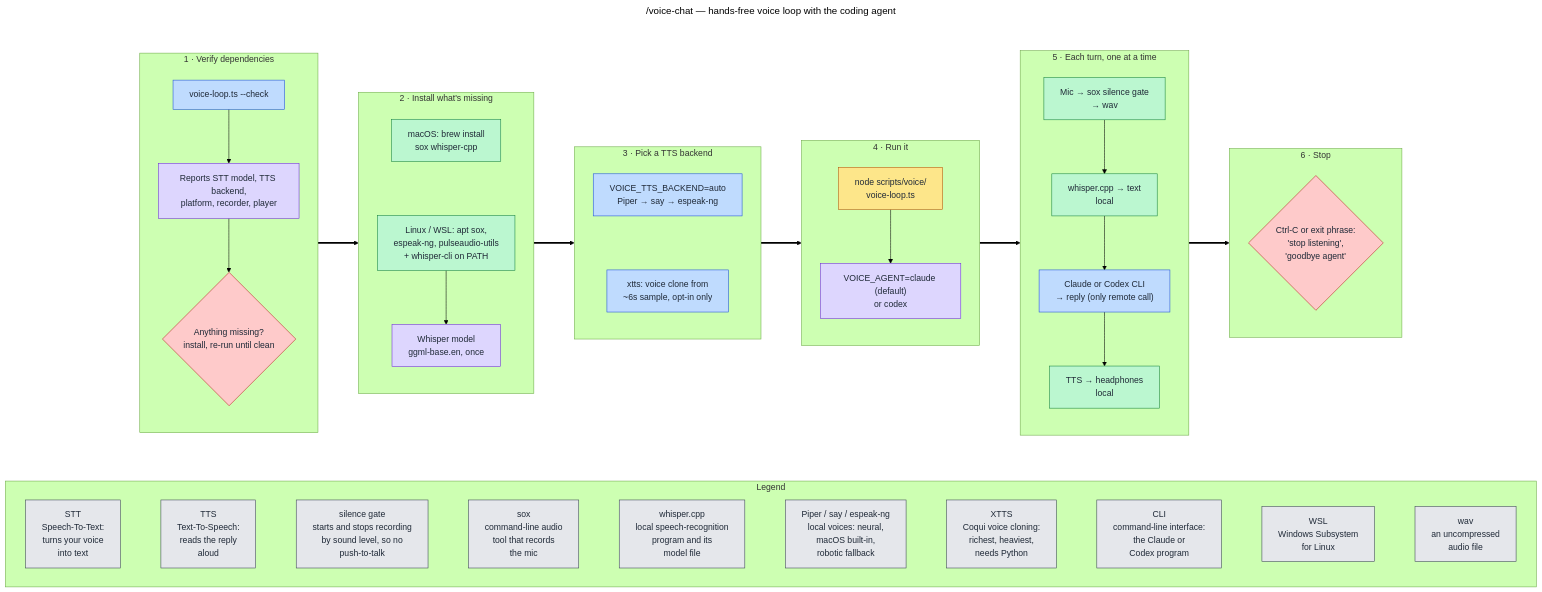
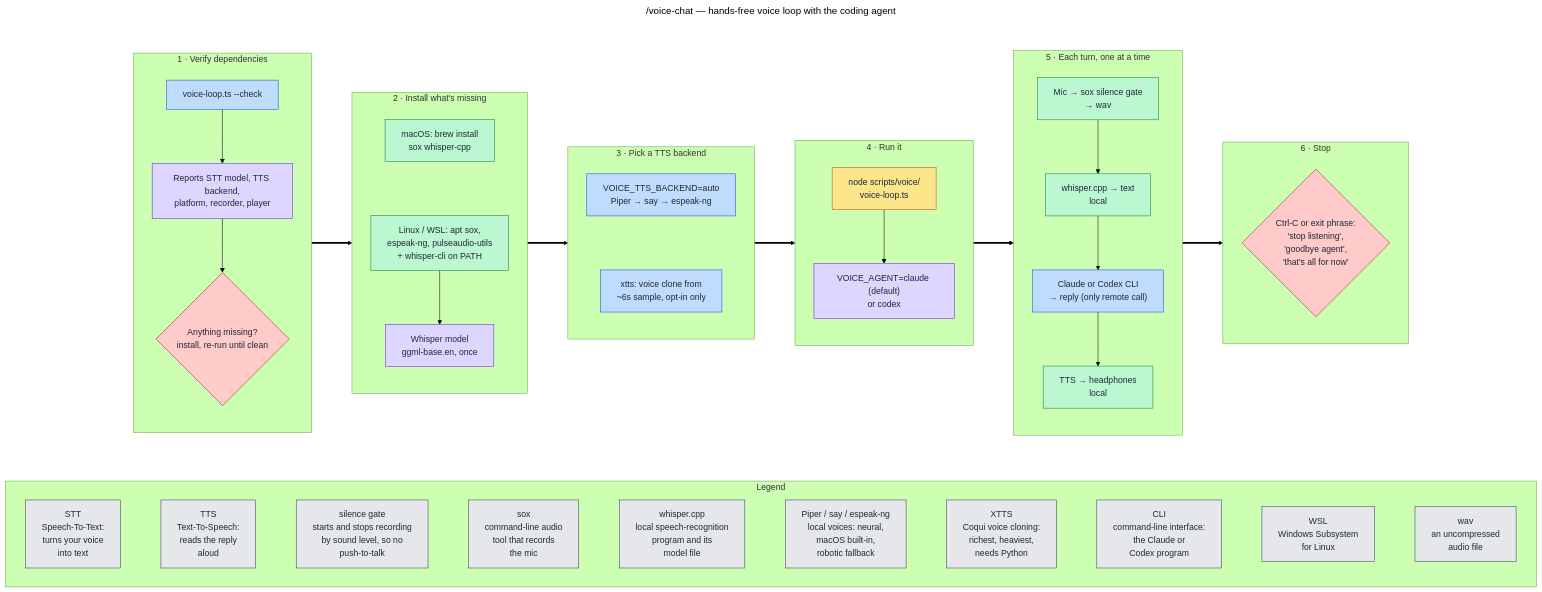
Before and after one commit to victusfate/scaffold: the diagram in docs/diagrams/src/voice-chat.mmd, drawn with Mermaid (forest theme). The commit also changed 21 other files, not shown here.

First line of the commit message:
docs(diagrams): accuracy fixes from a per-diagram source review

```diff
--- a/docs/diagrams/src/voice-chat.mmd
+++ b/docs/diagrams/src/voice-chat.mmd
@@ -1,82 +1,82 @@
 ---
 title: /voice-chat — hands-free voice loop with the coding agent
 ---
 flowchart TB
   classDef owner fill:#fde68a,stroke:#b45309,color:#1f2937
   classDef orch fill:#bfdbfe,stroke:#1d4ed8,color:#1f2937
   classDef state fill:#ddd6fe,stroke:#6d28d9,color:#1f2937
   classDef lane fill:#bbf7d0,stroke:#15803d,color:#1f2937
   classDef git fill:#e5e7eb,stroke:#374151,color:#1f2937
   classDef gate fill:#fecaca,stroke:#b91c1c,color:#1f2937
 
   %% Edges run between stage subgraphs (not inner nodes) so each stage keeps
   %% its own top-to-bottom direction and the whole image stays landscape.
 
   subgraph FLOW[" "]
   direction LR
 
   subgraph CHECK["1 · Verify dependencies"]
     direction TB
     C1["voice-loop.ts --check"]:::orch
     C2["Reports STT model, TTS backend,<br/>platform, recorder, player"]:::state
     C3{"Anything missing?<br/>install, re-run until clean"}:::gate
     C1 --> C2 --> C3
   end
 
   subgraph INSTALL["2 · Install what's missing"]
     direction TB
     I1["macOS: brew install<br/>sox whisper-cpp"]:::lane
     I2["Linux / WSL: apt sox,<br/>espeak-ng, pulseaudio-utils<br/>+ whisper-cli on PATH"]:::lane
     I3["Whisper model<br/>ggml-base.en, once"]:::state
     I1 ~~~ I2
     I2 --> I3
   end
 
   subgraph TTS["3 · Pick a TTS backend"]
     direction TB
     T1["VOICE_TTS_BACKEND=auto<br/>Piper → say → espeak-ng"]:::orch
     T2["xtts: voice clone from<br/>~6s sample, opt-in only"]:::orch
     T1 ~~~ T2
   end
 
   subgraph LAUNCH["4 · Run it"]
     direction TB
     R1["node scripts/voice/<br/>voice-loop.ts"]:::owner
     R2["VOICE_AGENT=claude (default)<br/>or codex"]:::state
     R1 --> R2
   end
 
   subgraph TURN["5 · Each turn, one at a time"]
     direction TB
     P1["Mic → sox silence gate<br/>→ wav"]:::lane
     P2["whisper.cpp → text<br/>local"]:::lane
     P3["Claude or Codex CLI<br/>→ reply (only remote call)"]:::orch
     P4["TTS → headphones<br/>local"]:::lane
     P1 --> P2 --> P3 --> P4
   end
 
   subgraph STOP["6 · Stop"]
     direction TB
-    S1{"Ctrl-C or exit phrase:<br/>'stop listening',<br/>'goodbye agent'"}:::gate
+    S1{"Ctrl-C or exit phrase:<br/>'stop listening',<br/>'goodbye agent',<br/>'that's all for now'"}:::gate
   end
 
   CHECK ==> INSTALL ==> TTS ==> LAUNCH ==> TURN ==> STOP
   end
   style FLOW fill:none,stroke:none
 
   subgraph LEGEND["Legend"]
     direction LR
     L1["STT<br/>Speech-To-Text:<br/>turns your voice<br/>into text"]:::git
     L2["TTS<br/>Text-To-Speech:<br/>reads the reply<br/>aloud"]:::git
     L3["silence gate<br/>starts and stops recording<br/>by sound level, so no<br/>push-to-talk"]:::git
     L4["sox<br/>command-line audio<br/>tool that records<br/>the mic"]:::git
     L5["whisper.cpp<br/>local speech-recognition<br/>program and its<br/>model file"]:::git
     L6["Piper / say / espeak-ng<br/>local voices: neural,<br/>macOS built-in,<br/>robotic fallback"]:::git
     L7["XTTS<br/>Coqui voice cloning:<br/>richest, heaviest,<br/>needs Python"]:::git
     L8["CLI<br/>command-line interface:<br/>the Claude or<br/>Codex program"]:::git
     L9["WSL<br/>Windows Subsystem<br/>for Linux"]:::git
     L10["wav<br/>an uncompressed<br/>audio file"]:::git
     L1 ~~~ L2 ~~~ L3 ~~~ L4 ~~~ L5 ~~~ L6 ~~~ L7 ~~~ L8 ~~~ L9 ~~~ L10
   end
 
   FLOW ~~~ LEGEND
```
